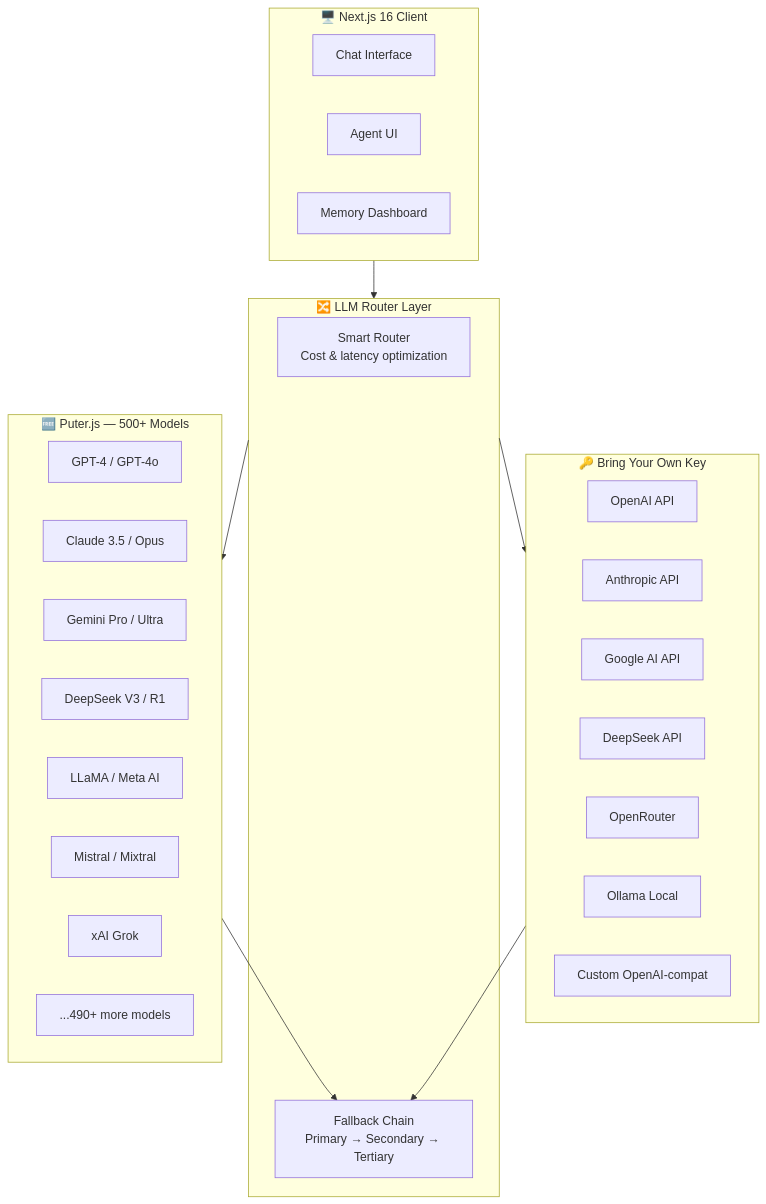
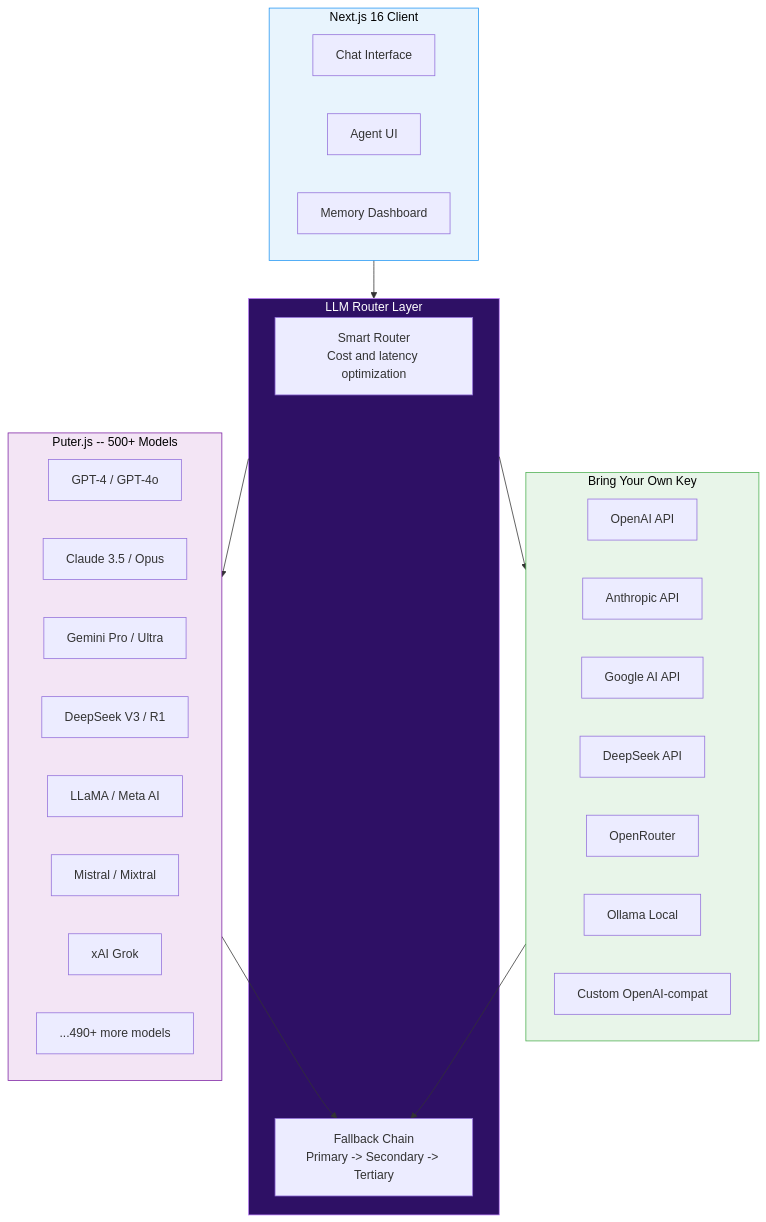
One commit to mulkymalikuldhrs/mnemosyne changed the first of 5 diagrams in README.md. Above: the diagram before and after it, drawn with Mermaid. The commit also changed other lines of this file and 1 other file, not shown here.

Commit message:
🎨 Upgrade: banner image + fixed Mermaid + animations + flow diagrams

````diff
--- a/README.md
+++ b/README.md
@@ -111,40 +59,45 @@
 ```mermaid
 flowchart TB
-    subgraph Client["🖥️ Next.js 16 Client"]
+    subgraph Client["Next.js 16 Client"]
         ChatUI[Chat Interface]
         AgentUI[Agent UI]
         MemUI[Memory Dashboard]
     end
 
-    subgraph Router["🔀 LLM Router Layer"]
-        RouterCore[Smart Router<br/>Cost & latency optimization]
-        Fallback[Fallback Chain<br/>Primary → Secondary → Tertiary]
+    subgraph Router["LLM Router Layer"]
+        RouterCore[Smart Router<br/>Cost and latency optimization]
+        Fallback[Fallback Chain<br/>Primary -> Secondary -> Tertiary]
     end
 
-    subgraph Free["🆓 Puter.js — 500+ Models"]
+    subgraph Free["Puter.js -- 500+ Models"]
         GPT4[GPT-4 / GPT-4o]
         Claude[Claude 3.5 / Opus]
         Gemini[Gemini Pro / Ultra]
         DeepSeek[DeepSeek V3 / R1]
         Meta[LLaMA / Meta AI]
         Mistral[Mistral / Mixtral]
         XAI[xAI Grok]
         More500[...490+ more models]
     end
 
-    subgraph BYOK["🔑 Bring Your Own Key"]
+    subgraph BYOK["Bring Your Own Key"]
         OAI[OpenAI API]
         Anthr[Anthropic API]
         Google[Google AI API]
         DS[DeepSeek API]
         OR[OpenRouter]
         Ollama[Ollama Local]
         Custom[Custom OpenAI-compat]
     end
 
     Client --> Router
     Router --> Free
     Router --> BYOK
     Free --> Fallback
     BYOK --> Fallback
+
+    style Client fill:#e8f4fd,stroke:#2196f3,color:#000
+    style Router fill:#2e1065,stroke:#c084fc,color:#fff
+    style Free fill:#f3e5f5,stroke:#7b1fa2,color:#000
+    style BYOK fill:#e8f5e9,stroke:#4caf50,color:#000
 ```
````
